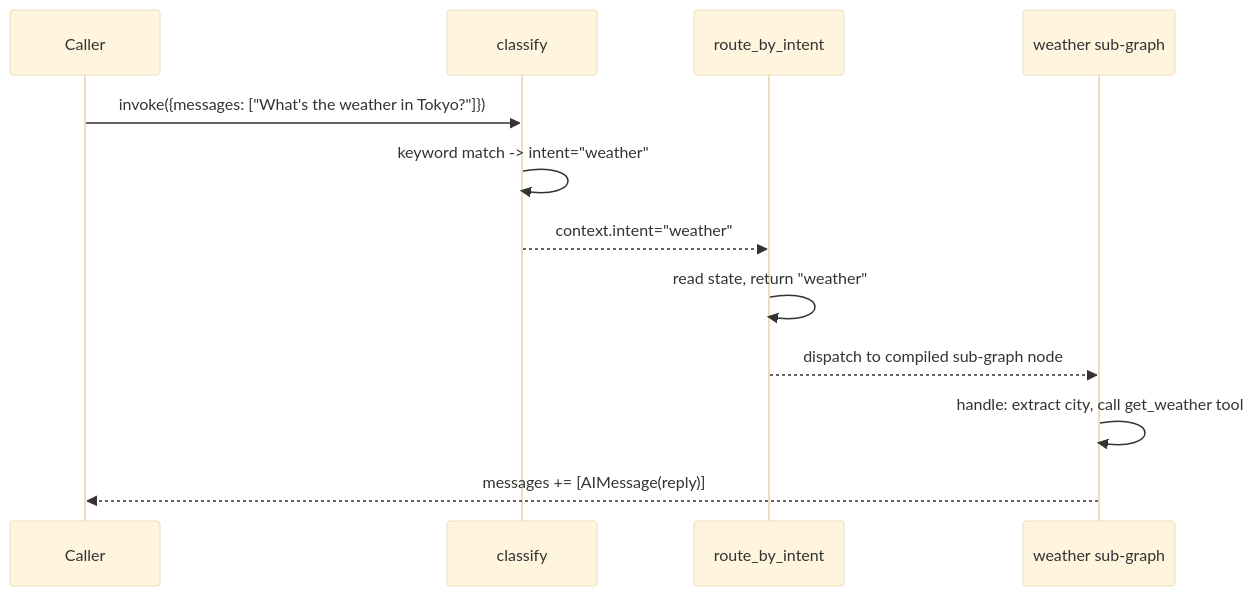
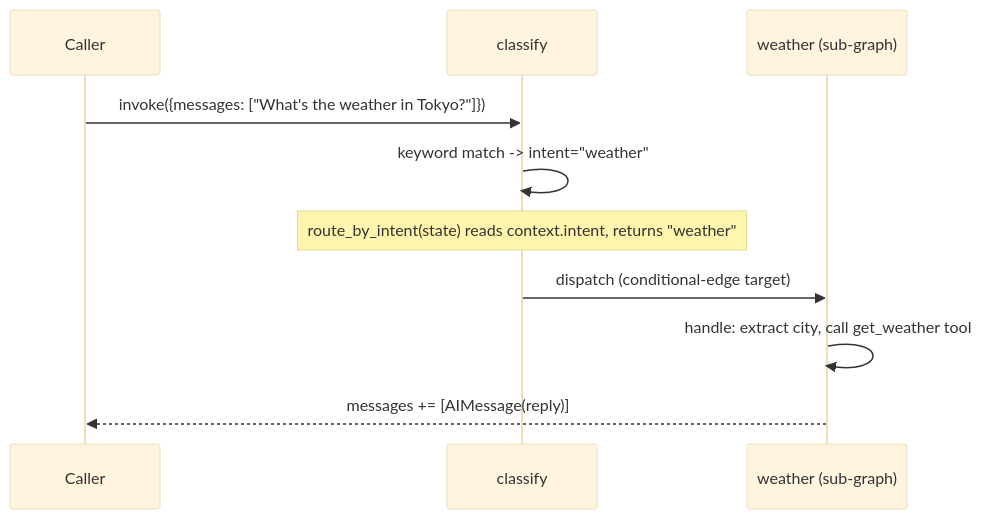
The second of 2 diagrams in src/25_router_agent/README.md (xergioalex/agent-lab), drawn with Mermaid (base theme) before and after one commit. The commit also changed other lines of this file and 64 other files, not shown here.

First line of the commit message:
docs(docs): premium Mermaid diagram pass on all 64 module READMEs

````diff
--- a/src/25_router_agent/README.md
+++ b/src/25_router_agent/README.md
@@ -57,15 +70,13 @@
 ```mermaid
 sequenceDiagram
     participant U as Caller
     participant C as classify
-    participant R as route_by_intent
-    participant WS as weather sub-graph
+    participant WS as weather (sub-graph)
 
     U->>C: invoke({messages: ["What's the weather in Tokyo?"]})
     C->>C: keyword match -> intent="weather"
-    C-->>R: context.intent="weather"
-    R->>R: read state, return "weather"
-    R-->>WS: dispatch to compiled sub-graph node
+    Note over C: route_by_intent(state) reads context.intent, returns "weather"
+    C->>WS: dispatch (conditional-edge target)
     WS->>WS: handle: extract city, call get_weather tool
     WS-->>U: messages += [AIMessage(reply)]
 ```
````
